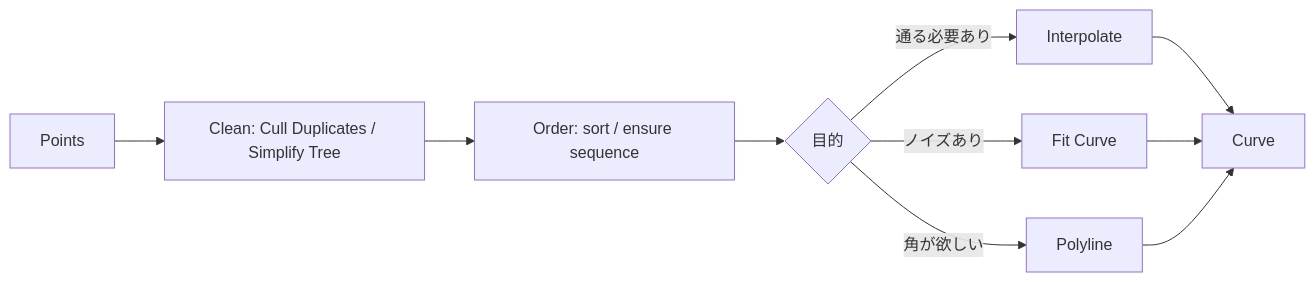
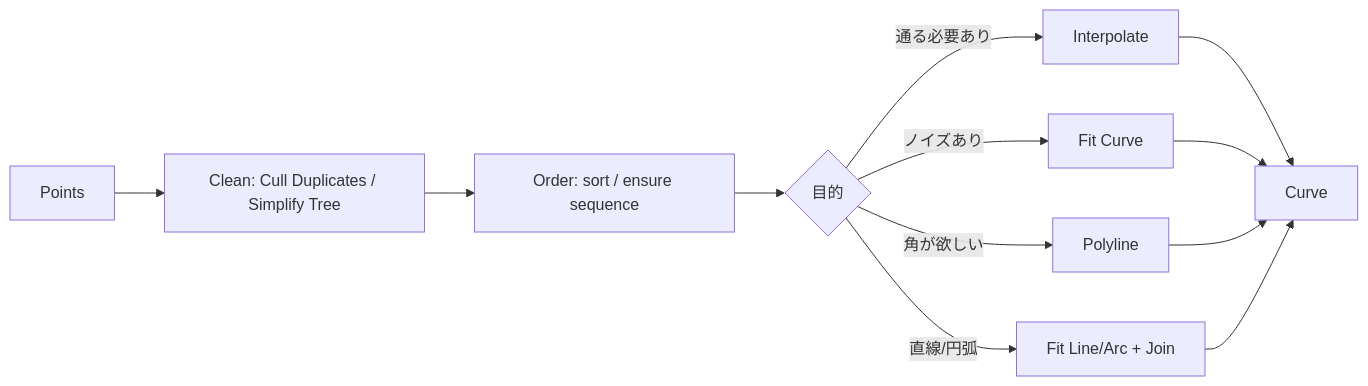
Before and after one commit to takuto-NA/rhino-gh-explained: the diagram in docs/grasshopper/algorithms.md, drawn with Mermaid. The commit also changed other lines of this file, not shown here.

````diff
--- a/docs/grasshopper/algorithms.md
+++ b/docs/grasshopper/algorithms.md
@@ -227,12 +359,14 @@
 ```mermaid
 flowchart LR
   P[Points] --> C1[Clean: Cull Duplicates / Simplify Tree]
   C1 --> C2[Order: sort / ensure sequence]
   C2 --> M{目的}
   M -->|通る必要あり| I[Interpolate]
   M -->|ノイズあり| F[Fit Curve]
   M -->|角が欲しい| L[Polyline]
+  M -->|直線/円弧| LA[Fit Line/Arc + Join]
   I --> OUT[Curve]
   F --> OUT
   L --> OUT
+  LA --> OUT
 ```
````
